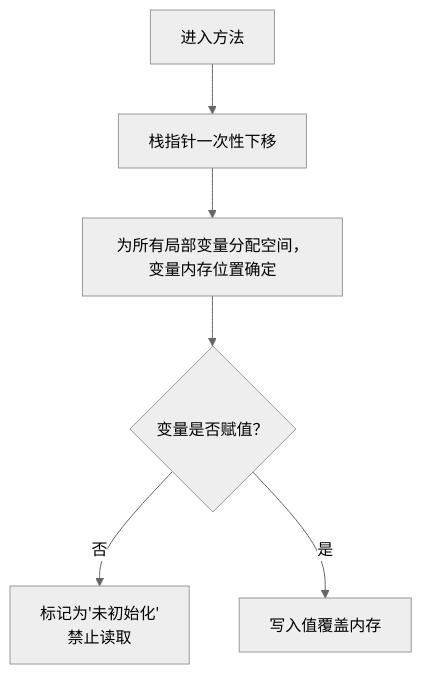
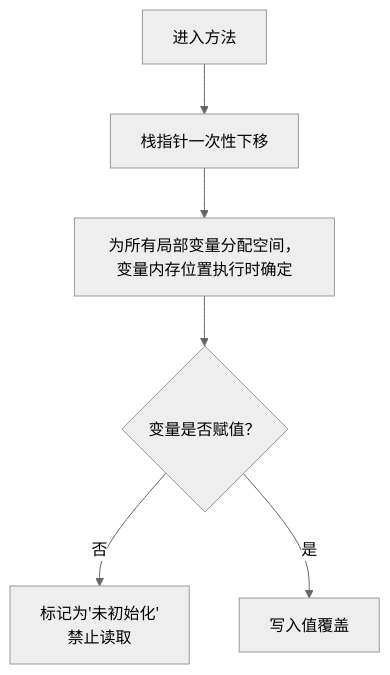
Before and after one commit to xiaoYoc/CSharp-Learning-Notes-In-a-Nutshell: the tenth of 11 diagrams in Readme.md, drawn with Mermaid (neutral theme). The commit also changed other lines of this file and 12 other files, not shown here.

````diff
--- a/Readme.md
+++ b/Readme.md
@@ -3553,8 +3689,8 @@
   ```mermaid
   flowchart TB
       A[进入方法] --> B[栈指针一次性下移]
-      B --> C[为所有局部变量分配空间，变量内存位置确定]
+      B --> C[为所有局部变量分配空间，变量内存位置执行时确定]
       C --> E1{变量是否赋值？}
       E1 -->|否| F1[标记为'未初始化'<br>禁止读取]
-      E1 -->|是| G1[写入值覆盖内存]
+      E1 -->|是| G1[写入值覆盖]
   ```
````
